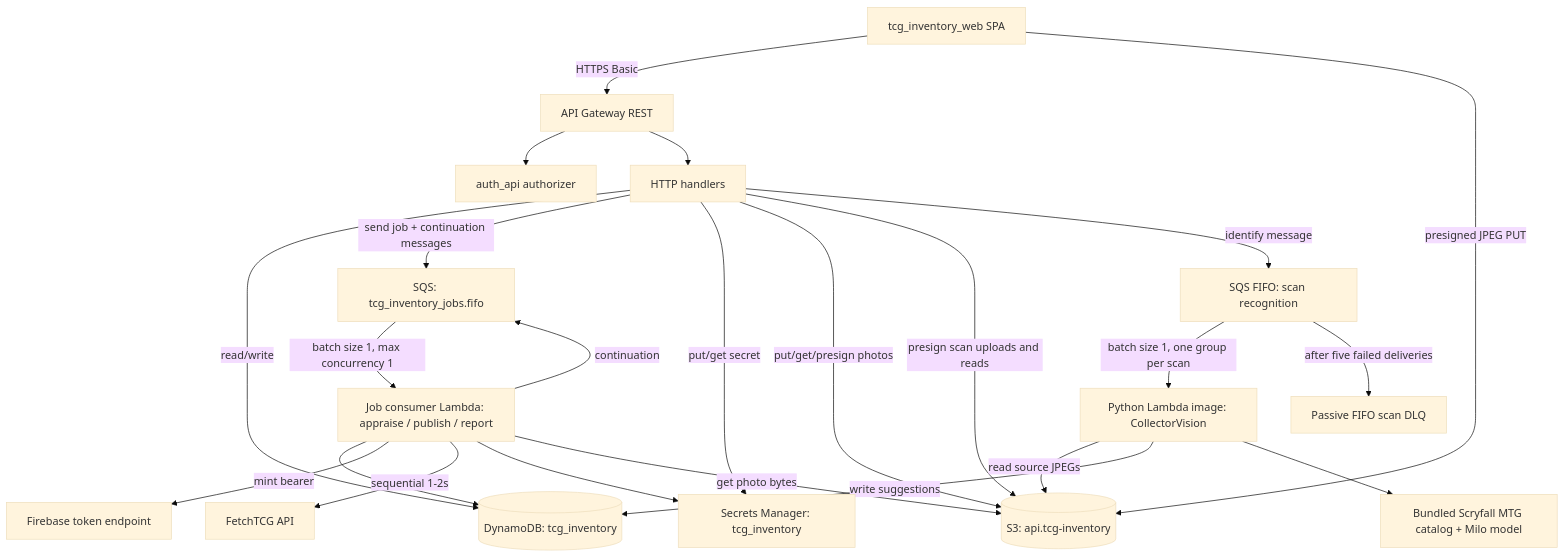
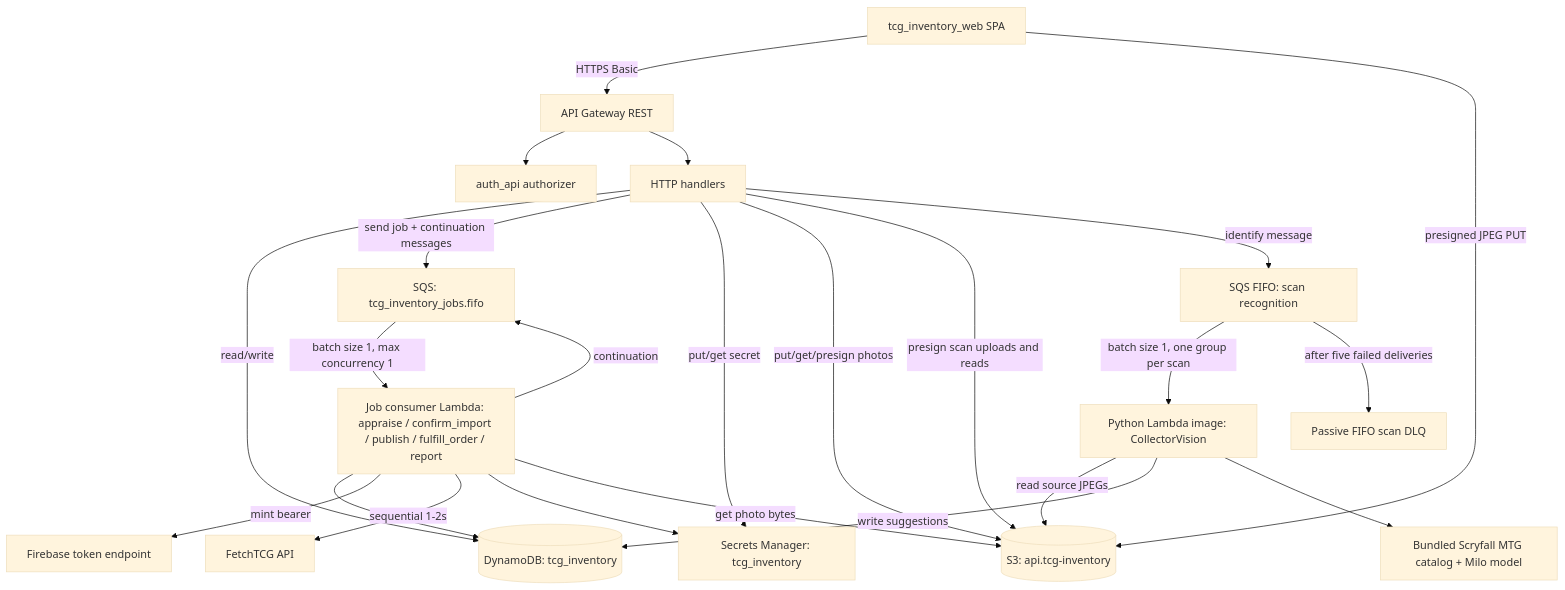
One commit to jordansimsmith/jordansimsmith-com changed the first of 3 diagrams in tcg_inventory_api/README.md. Above: the diagram before and after it, drawn with Mermaid (base theme). The commit also changed other lines of this file and 42 other files, not shown here.

````diff
--- a/tcg_inventory_api/README.md
+++ b/tcg_inventory_api/README.md
@@ -62,25 +62,25 @@
 ```mermaid
 flowchart TD
   web[tcg_inventory_web SPA] -->|HTTPS Basic| apigw[API Gateway REST]
   apigw --> authz[auth_api authorizer]
   apigw --> http[HTTP handlers]
   http -->|read/write| ddb[(DynamoDB: tcg_inventory)]
   http -->|send job + continuation messages| sqs[SQS: tcg_inventory_jobs.fifo]
-  sqs -->|batch size 1, max concurrency 1| jobs[Job consumer Lambda: appraise / publish / report]
+  sqs -->|batch size 1, max concurrency 1| jobs[Job consumer Lambda: appraise / confirm_import / publish / fulfill_order / report]
   jobs --> ddb
   jobs -->|continuation| sqs
   jobs -->|mint bearer| firebase[Firebase token endpoint]
   jobs -->|sequential 1-2s| fetchtcg[FetchTCG API]
   http -->|put/get secret| secrets[Secrets Manager: tcg_inventory]
   jobs --> secrets
   http -->|put/get/presign photos| s3[(S3: api.tcg-inventory)]
   jobs -->|get photo bytes| s3
   http -->|presign scan uploads and reads| s3
   web -->|presigned JPEG PUT| s3
   http -->|identify message| scansqs[SQS FIFO: scan recognition]
   scansqs -->|batch size 1, one group per scan| scanworker[Python Lambda image: CollectorVision]
   scansqs -->|after five failed deliveries| scandlq[Passive FIFO scan DLQ]
   scanworker -->|read source JPEGs| s3
   scanworker -->|write suggestions| ddb
   scanworker --> catalog[Bundled Scryfall MTG catalog + Milo model]
 ```
````
